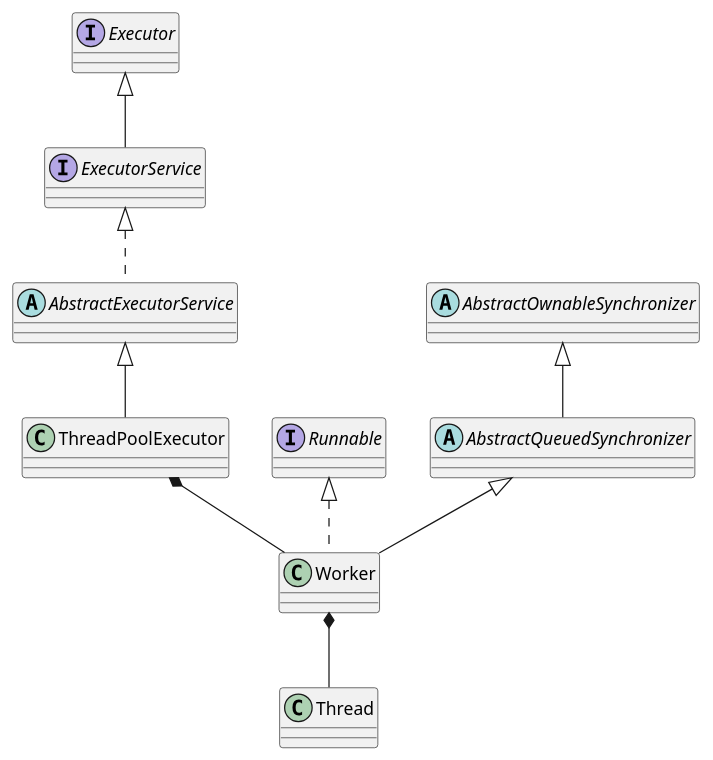
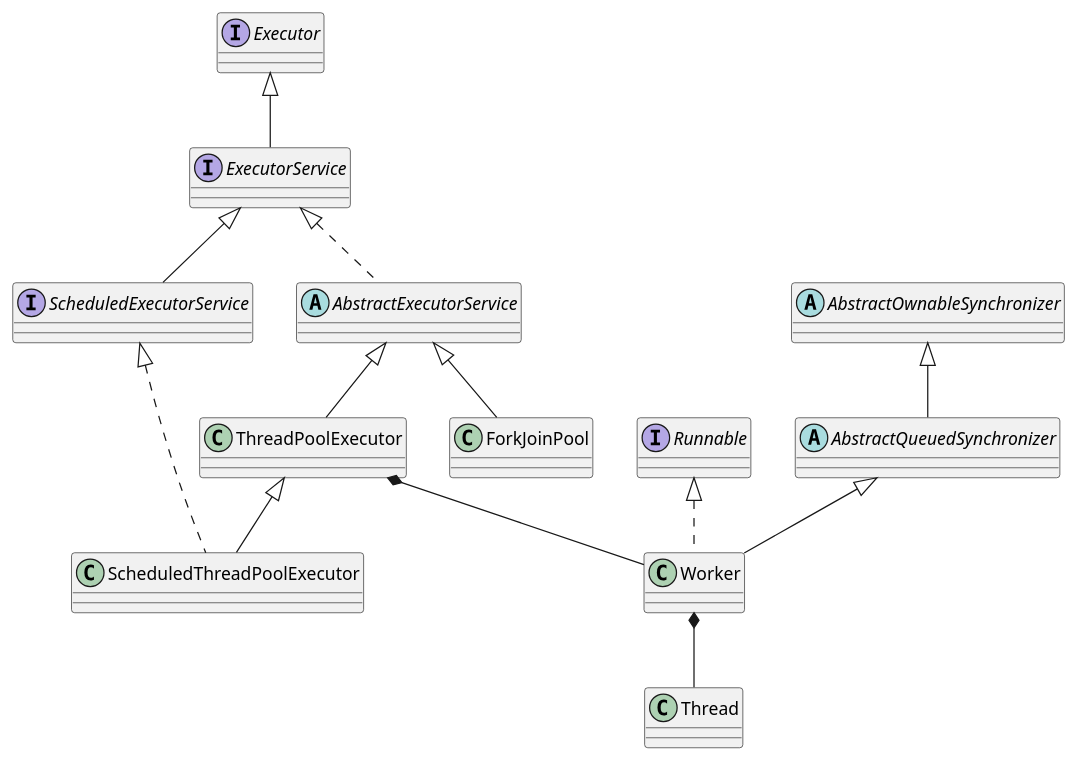
One commit to duweiwang/duweiwang.github.io changed the diagram in uml/java-threadpool.puml. Above: the diagram before and after it, drawn with PlantUML. The commit also changed 12 other files, not shown here.

```diff
--- a/uml/java-threadpool.puml
+++ b/uml/java-threadpool.puml
@@ -1,30 +1,37 @@
 @startuml
 'https://plantuml.com/sequence-diagram
 
 interface Executor{}
 interface ExecutorService{}
+interface ScheduledExecutorService{}
 abstract class AbstractExecutorService{}
 class ThreadPoolExecutor{}
+class ScheduledThreadPoolExecutor{}
+class ForkJoinPool{}
 
 
 interface Runnable{}
 abstract class AbstractOwnableSynchronizer{}
 abstract class AbstractQueuedSynchronizer{}
 class Worker{}
 
 class Thread{}
 
 
 Runnable <|.. Worker
 AbstractQueuedSynchronizer <|-- Worker
 AbstractOwnableSynchronizer <|-- AbstractQueuedSynchronizer
 ThreadPoolExecutor *-- Worker
+ThreadPoolExecutor <|-- ScheduledThreadPoolExecutor
+ScheduledExecutorService <|.. ScheduledThreadPoolExecutor
+ExecutorService <|-- ScheduledExecutorService
 
 
 Executor <|-- ExecutorService
 ExecutorService <|.. AbstractExecutorService
 AbstractExecutorService <|-- ThreadPoolExecutor
+AbstractExecutorService <|-- ForkJoinPool
 
 
 Worker *--Thread
 @enduml
```
